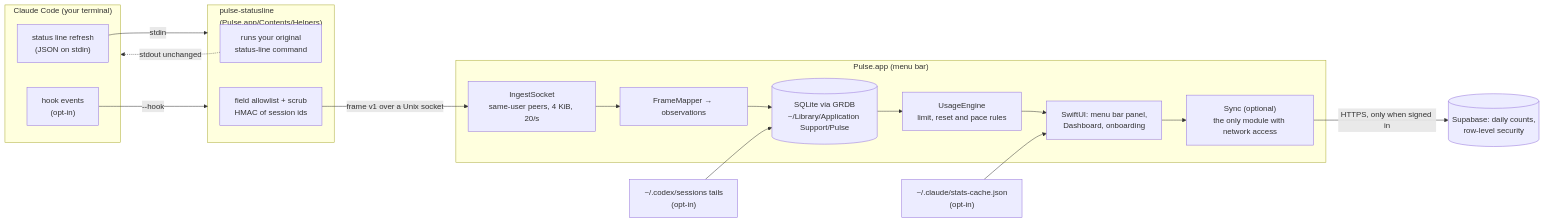
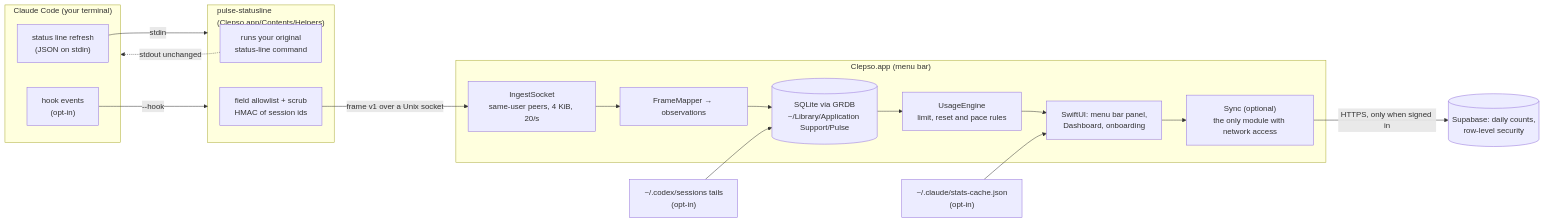
The diagram in README.md (obileonardo/clepso), drawn with Mermaid before and after one commit. The commit also changed other lines of this file and 712 other files, not shown here.

````diff
--- a/README.md
+++ b/README.md
@@ -151,35 +151,35 @@
 ```mermaid
 flowchart LR
     subgraph CC["Claude Code (your terminal)"]
         SL["status line refresh<br/>(JSON on stdin)"]
         HK["hook events<br/>(opt-in)"]
     end
 
-    subgraph Helper["pulse-statusline<br/>(Pulse.app/Contents/Helpers)"]
+    subgraph Helper["pulse-statusline<br/>(Clepso.app/Contents/Helpers)"]
         RUN["runs your original<br/>status-line command"]
         AL["field allowlist + scrub<br/>HMAC of session ids"]
     end
 
-    subgraph App["Pulse.app (menu bar)"]
+    subgraph App["Clepso.app (menu bar)"]
         SOCK["IngestSocket<br/>same-user peers, 4 KiB, 20/s"]
         MAP["FrameMapper → observations"]
         DB[("SQLite via GRDB<br/>~/Library/Application Support/Pulse")]
         ENG["UsageEngine<br/>limit, reset and pace rules"]
         UI["SwiftUI: menu bar panel,<br/>Dashboard, onboarding"]
         SYNC["Sync (optional)<br/>the only module with network access"]
     end
 
     STATS["~/.claude/stats-cache.json<br/>(opt-in)"]
     CODEX["~/.codex/sessions tails<br/>(opt-in)"]
     CLOUD[("Supabase: daily counts,<br/>row-level security")]
 
     SL -->|stdin| Helper
     HK -->|"--hook"| Helper
     RUN -.->|"stdout unchanged"| CC
     AL -->|"frame v1 over a Unix socket"| SOCK
     SOCK --> MAP --> DB
     DB --> ENG --> UI
     STATS --> UI
     CODEX --> DB
     UI --> SYNC -->|"HTTPS, only when signed in"| CLOUD
 ```
````
